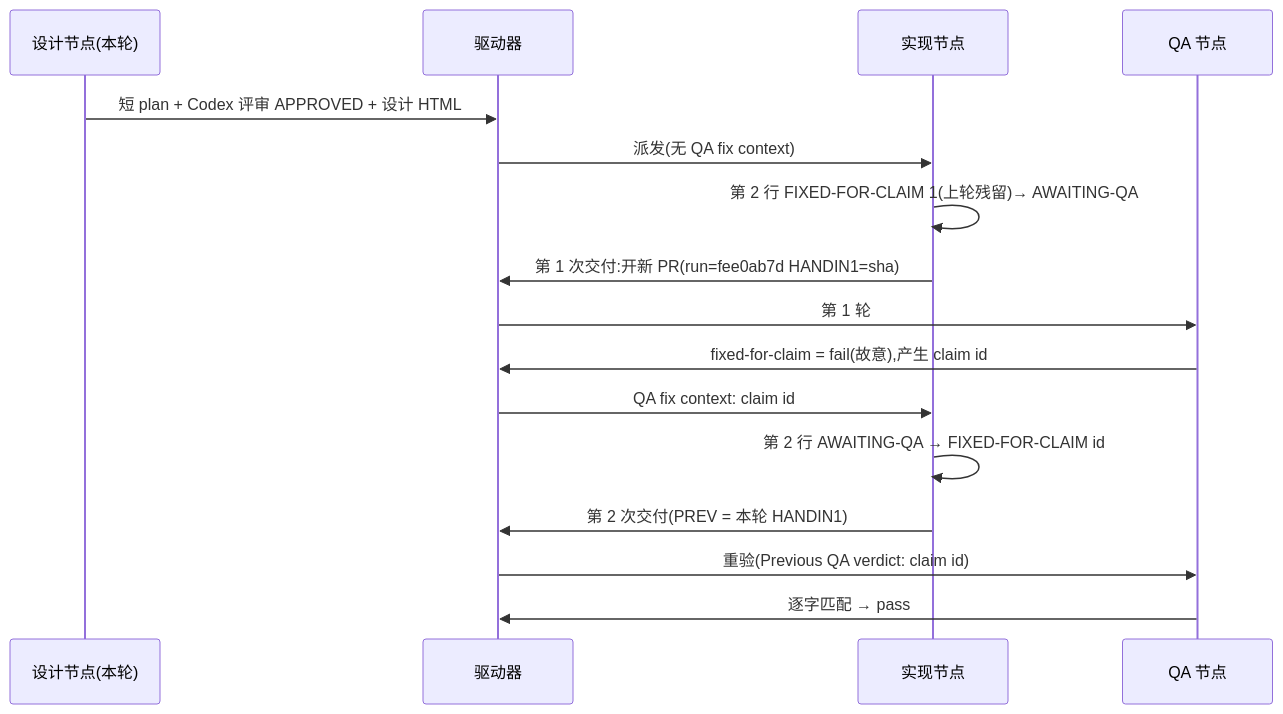
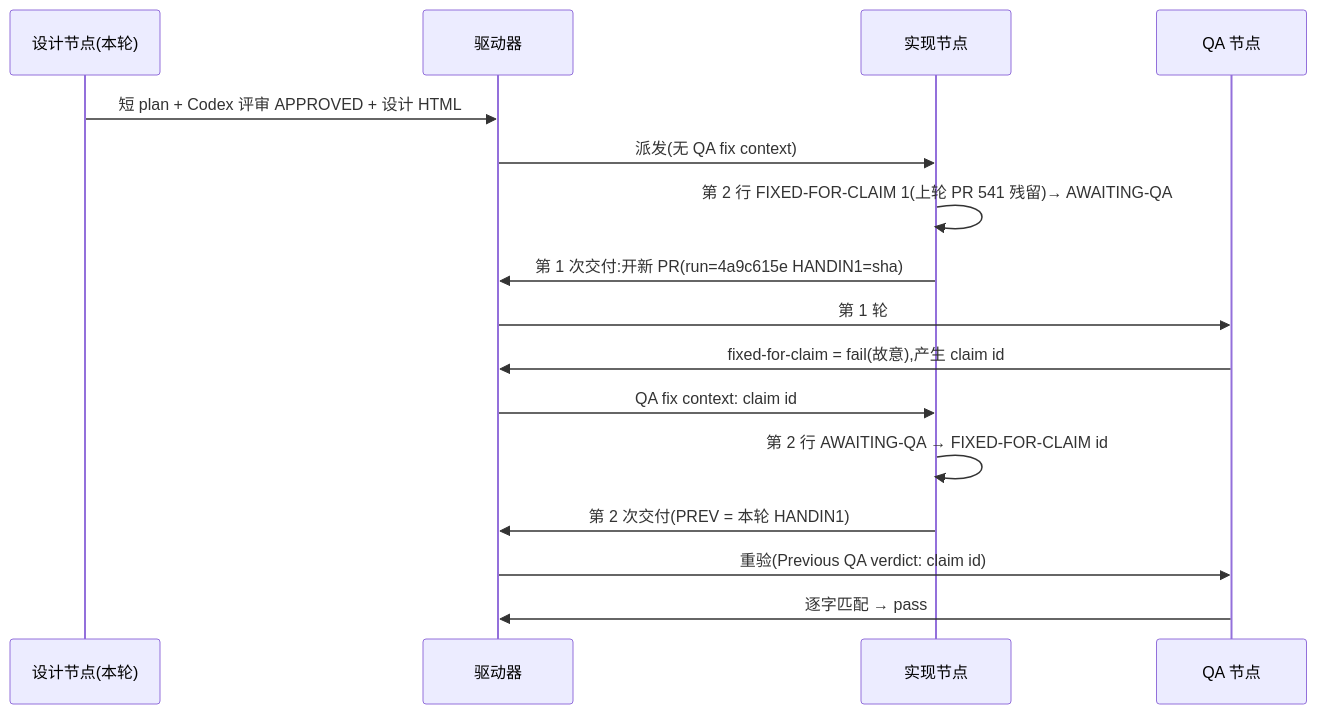
Before and after one commit to xrliAnnie/flywheel-qa-sandbox: the diagram in engineering/doc/FLY-3226-real-runner-drill/d1-core-flow.mmd, drawn with Mermaid. The commit also changed 4 other files, not shown here.

```diff
--- a/engineering/doc/FLY-3226-real-runner-drill/d1-core-flow.mmd
+++ b/engineering/doc/FLY-3226-real-runner-drill/d1-core-flow.mmd
@@ -1,16 +1,16 @@
 sequenceDiagram
     participant S as 设计节点(本轮)
     participant D as 驱动器
     participant I as 实现节点
     participant Q as QA 节点
     S->>D: 短 plan + Codex 评审 APPROVED + 设计 HTML
     D->>I: 派发(无 QA fix context)
-    I->>I: 第 2 行 FIXED-FOR-CLAIM 1(上轮残留)→ AWAITING-QA
-    I->>D: 第 1 次交付:开新 PR(run=fee0ab7d HANDIN1=sha)
+    I->>I: 第 2 行 FIXED-FOR-CLAIM 1(上轮 PR 541 残留)→ AWAITING-QA
+    I->>D: 第 1 次交付:开新 PR(run=4a9c615e HANDIN1=sha)
     D->>Q: 第 1 轮
     Q->>D: fixed-for-claim = fail(故意),产生 claim id
     D->>I: QA fix context: claim id
     I->>I: 第 2 行 AWAITING-QA → FIXED-FOR-CLAIM id
     I->>D: 第 2 次交付(PREV = 本轮 HANDIN1)
     D->>Q: 重验(Previous QA verdict: claim id)
     Q->>D: 逐字匹配 → pass
```
